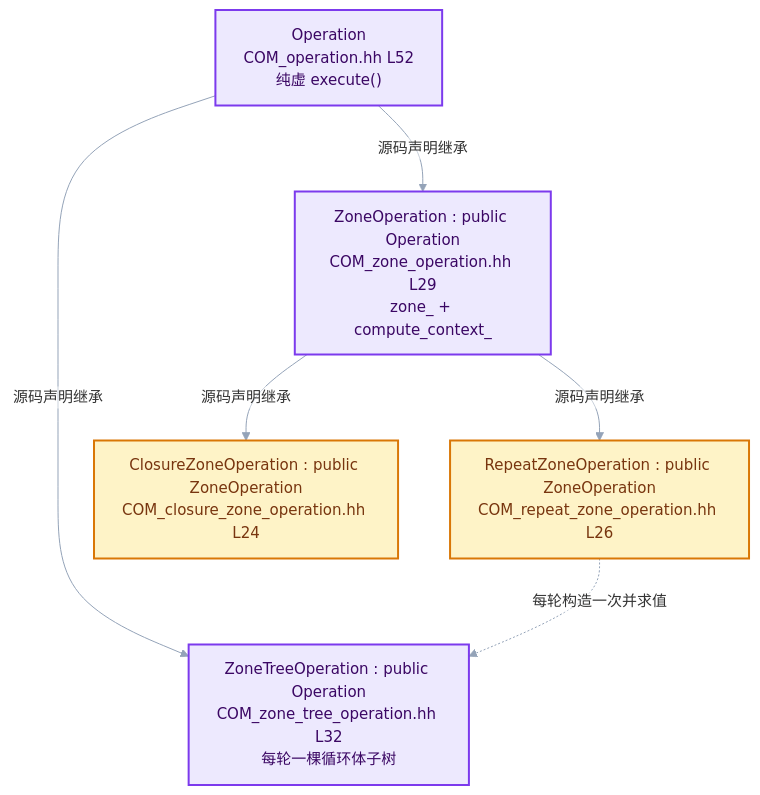
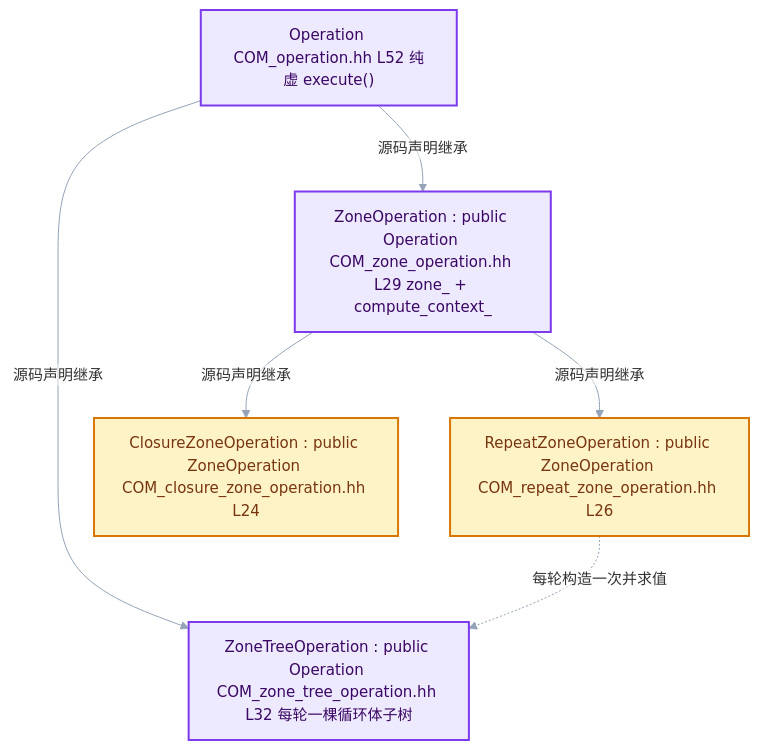
The first of 5 diagrams in 杂/markdown/重复区域-dsh/05-跨后端实现/01-合成器RepeatZoneOperation.md (yunkezengren/blender-.vscode), drawn with Mermaid before and after one commit. The commit also changed other lines of this file and 27 other files, not shown here.

````diff
--- a/杂/markdown/重复区域-dsh/05-跨后端实现/01-合成器RepeatZoneOperation.md
+++ b/杂/markdown/重复区域-dsh/05-跨后端实现/01-合成器RepeatZoneOperation.md
@@ -115,20 +61,20 @@
 ```mermaid
 %%{init: {"theme":"base","themeVariables":{"fontFamily":"\"Segoe UI\",\"Microsoft YaHei\",sans-serif","fontSize":"15px","lineColor":"#94A3B8","edgeLabelBackground":"#FFFFFF","clusterBkg":"#F8FAFC","clusterBorder":"#CBD5E1"},"flowchart":{"htmlLabels":false,"curve":"basis","nodeSpacing":52,"rankSpacing":64,"padding":14,"diagramPadding":16,"useMaxWidth":true},"sequence":{"useMaxWidth":true,"wrap":true,"mirrorActors":false,"messageMargin":36}}}%%
 flowchart TB
-  OP["Operation<br/>COM_operation.hh L52<br/>纯虚 execute()"]:::abstraction
-  ZOP["ZoneOperation : public Operation<br/>COM_zone_operation.hh L29<br/>zone_ + compute_context_"]:::abstraction
-  RZ["RepeatZoneOperation : public ZoneOperation<br/>COM_repeat_zone_operation.hh L26"]:::compute
-  CZ["ClosureZoneOperation : public ZoneOperation<br/>COM_closure_zone_operation.hh L24"]:::compute
-  ZT["ZoneTreeOperation : public Operation<br/>COM_zone_tree_operation.hh L32<br/>每轮一棵循环体子树"]:::abstraction
+  OP["Operation COM_operation.hh L52 纯虚 execute()"]:::abstraction
+  ZOP["ZoneOperation : public Operation COM_zone_operation.hh L29 zone_ + compute_context_"]:::abstraction
+  RZ["RepeatZoneOperation : public ZoneOperation COM_repeat_zone_operation.hh L26"]:::compute
+  CZ["ClosureZoneOperation : public ZoneOperation COM_closure_zone_operation.hh L24"]:::compute
+  ZT["ZoneTreeOperation : public Operation COM_zone_tree_operation.hh L32 每轮一棵循环体子树"]:::abstraction
   OP -->|"源码声明继承"| ZOP
   ZOP -->|"源码声明继承"| RZ
   ZOP -->|"源码声明继承"| CZ
   OP -->|"源码声明继承"| ZT
   RZ -.->|"每轮构造一次并求值"| ZT
   classDef input fill:#DBEAFE,stroke:#2563EB,color:#172554,stroke-width:2px;
   classDef data fill:#CFFAFE,stroke:#0891B2,color:#164E63,stroke-width:2px;
   classDef abstraction fill:#EDE9FE,stroke:#7C3AED,color:#3B0764,stroke-width:2px;
   classDef compute fill:#FEF3C7,stroke:#D97706,color:#78350F,stroke-width:2px;
   classDef result fill:#DCFCE7,stroke:#16A34A,color:#14532D,stroke-width:2px;
   classDef error fill:#FEE2E2,stroke:#DC2626,color:#7F1D1D,stroke-width:2px;
 ```
````
